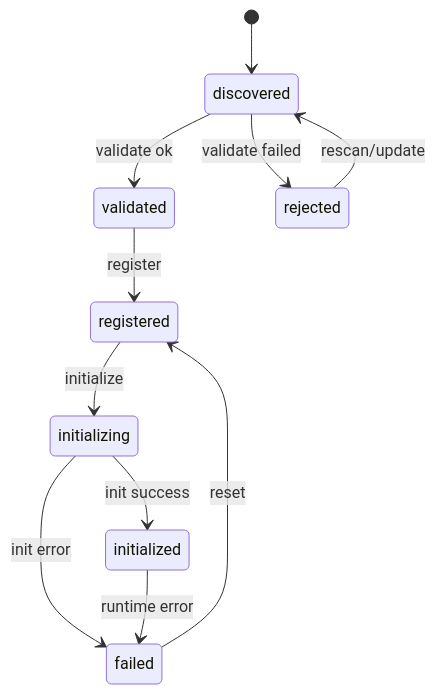
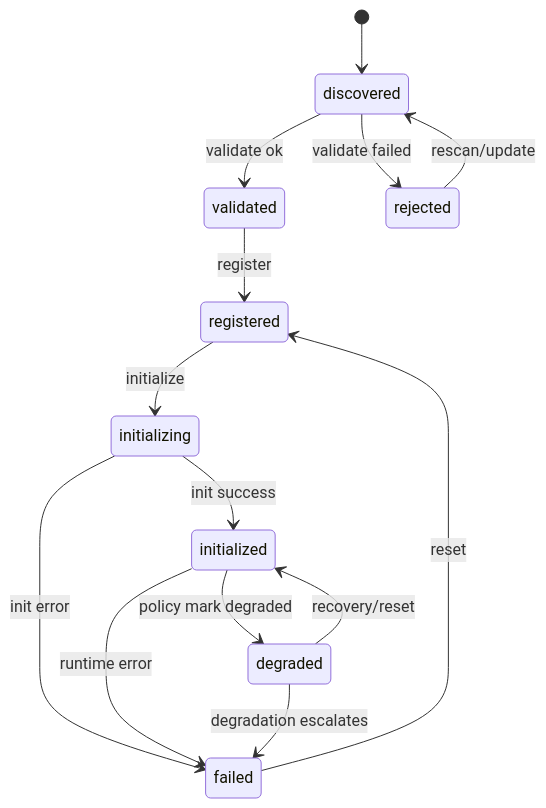
One commit to hniehus/govaryn-io changed the diagram in docs/architecture/module-lifecycle/v1.0.0/lifecycle-model.md. Above: the diagram before and after it, drawn with Mermaid. The commit also changed other lines of this file and 65 other files, not shown here.

Commit message:
Define module architecture contracts and harden kernel lifecycle handling

````diff
--- a/docs/architecture/module-lifecycle/v1.0.0/lifecycle-model.md
+++ b/docs/architecture/module-lifecycle/v1.0.0/lifecycle-model.md
@@ -25,13 +26,16 @@
 ```mermaid
 stateDiagram-v2
   [*] --> discovered
   discovered --> validated: validate ok
   discovered --> rejected: validate failed
   validated --> registered: register
   registered --> initializing: initialize
   initializing --> initialized: init success
   initializing --> failed: init error
   initialized --> failed: runtime error
+  initialized --> degraded: policy mark degraded
+  degraded --> failed: degradation escalates
+  degraded --> initialized: recovery/reset
   failed --> registered: reset
   rejected --> discovered: rescan/update
 ```
````
